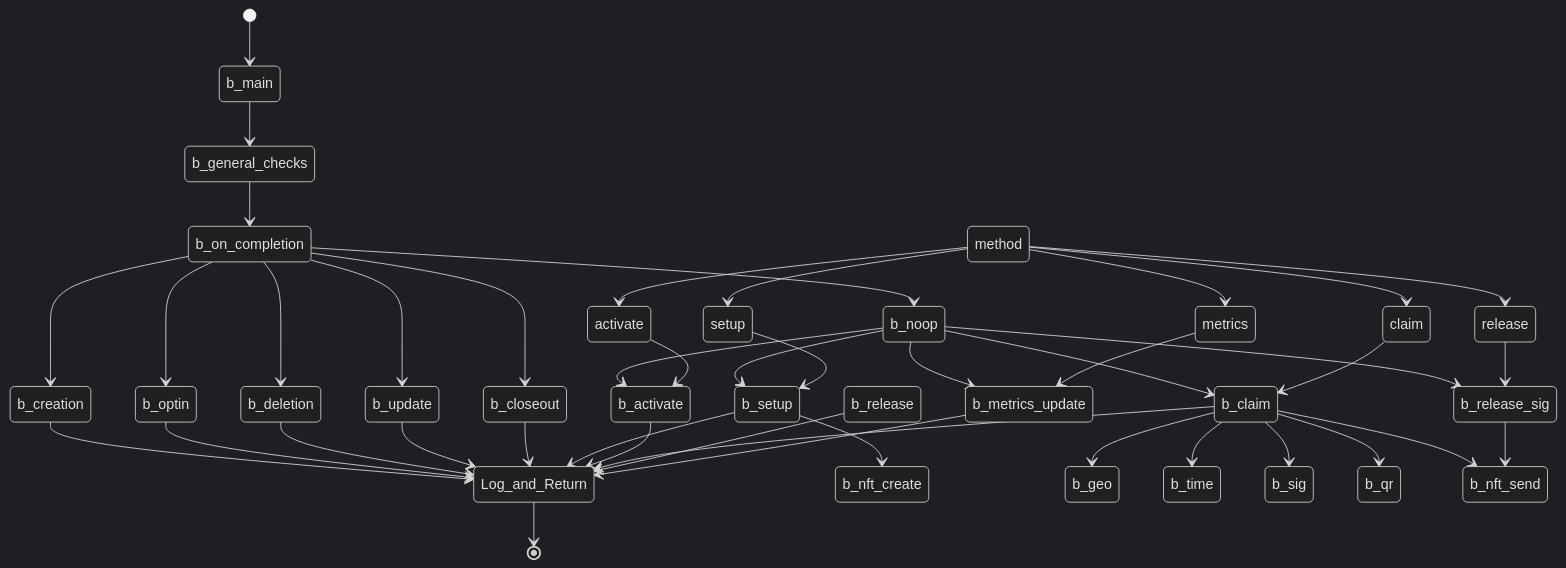
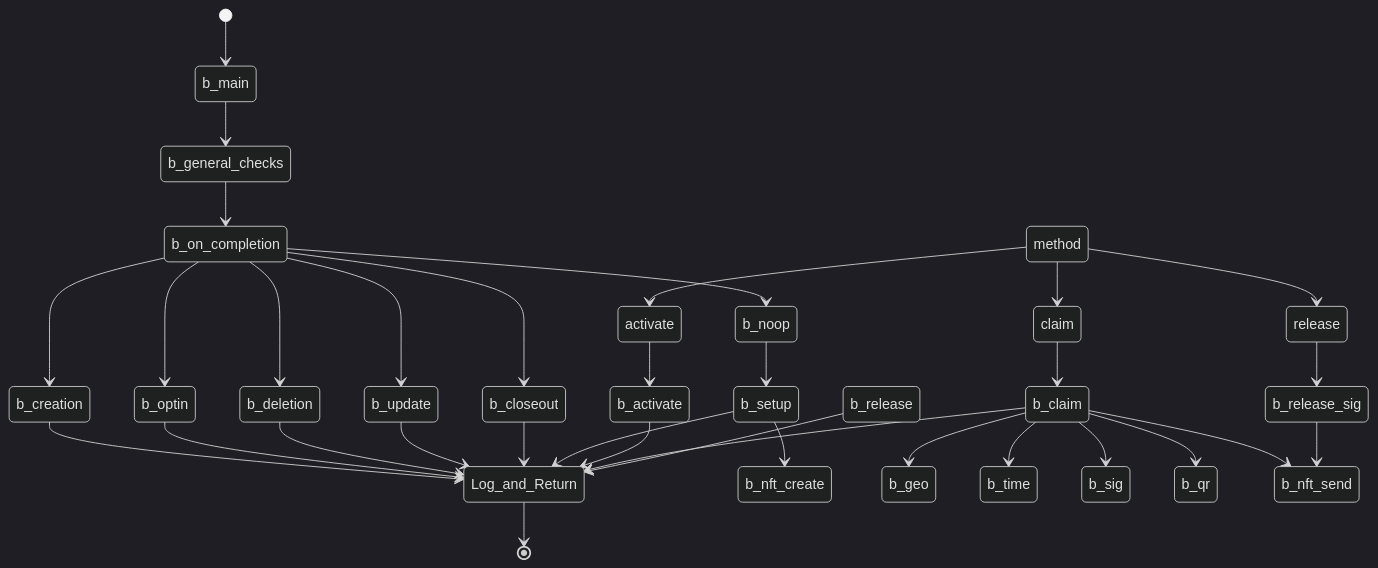
The sixth of 7 diagrams in README.md (Sun-C0ffee/algopoap-smartcontracts), drawn with Mermaid (dark theme) before and after one commit. The commit also changed other lines of this file, not shown here.

````diff
--- a/README.md
+++ b/README.md
@@ -104,54 +148,49 @@
 ```mermaid
   stateDiagram-v2
     [*] --> b_main
     b_main --> b_general_checks
     b_general_checks --> b_on_completion
     
     b_on_completion --> b_creation
     b_creation --> Log_and_Return
     b_on_completion --> b_optin
     b_optin --> Log_and_Return
     b_on_completion --> b_deletion
     b_deletion --> Log_and_Return
     b_on_completion --> b_update
     b_update --> Log_and_Return
     b_on_completion --> b_closeout
     b_closeout --> Log_and_Return
 
     b_on_completion --> b_noop
     b_noop --> b_setup
-    method --> setup
-    setup --> b_setup
     b_setup --> b_nft_create
     b_setup --> Log_and_Return
+   
 
-    b_noop --> b_activate
+
     method --> activate
     activate --> b_activate
     b_activate --> Log_and_Return
 
-    b_noop --> b_claim
+
     method --> claim
     claim --> b_claim
 
     b_claim --> b_geo
     b_claim --> b_time
     b_claim --> b_sig
     b_claim --> b_qr
     b_claim --> b_nft_send
     b_claim --> Log_and_Return
 
-    b_noop --> b_release_sig
+
     method --> release
     release --> b_release_sig
     b_release_sig --> b_nft_send
     b_release --> Log_and_Return
-   
-    b_noop --> b_metrics_update
-    method --> metrics
-    metrics --> b_metrics_update
-    b_metrics_update --> Log_and_Return
+  
     
     Log_and_Return --> [*]
     
 ```
````
